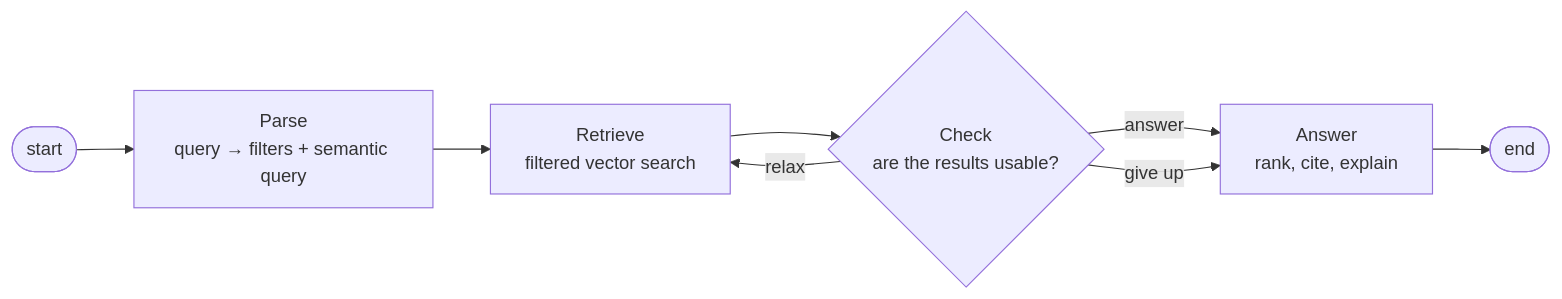
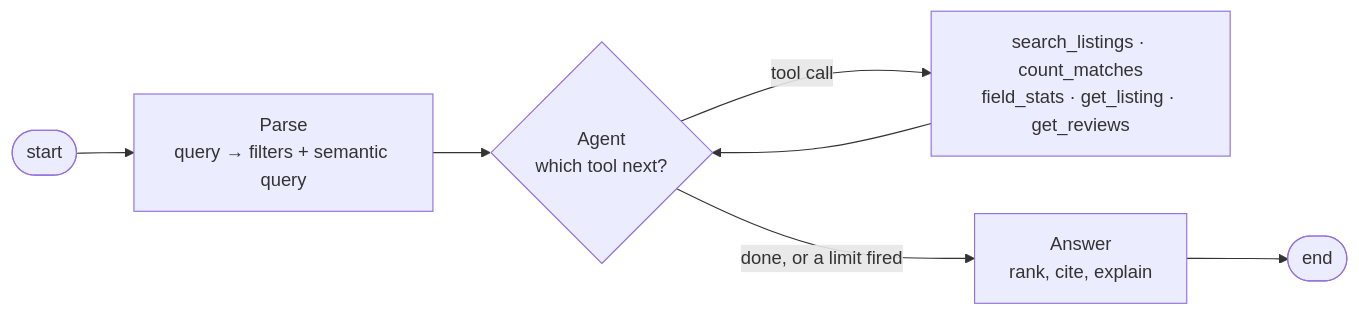
One commit to adriendinzey/Scout changed the diagram in README.md. Above: the diagram before and after it, drawn with Mermaid. The commit also changed other lines of this file and 6 other files, not shown here.

First line of the commit message:
docs: the agent chooses tools, and the code fences what it may do

````diff
--- a/README.md
+++ b/README.md
@@ -29,10 +29,9 @@
 ```mermaid
 flowchart LR
     START([start]) --> parse[Parse<br/>query → filters + semantic query]
-    parse --> retrieve[Retrieve<br/>filtered vector search]
-    retrieve --> check{Check<br/>are the results usable?}
-    check -->|answer| answer[Answer<br/>rank, cite, explain]
-    check -->|relax| retrieve
-    check -->|give up| answer
+    parse --> agent{Agent<br/>which tool next?}
+    agent -->|tool call| tools[search_listings · count_matches<br/>field_stats · get_listing · get_reviews]
+    tools --> agent
+    agent -->|done, or a limit fired| answer[Answer<br/>rank, cite, explain]
     answer --> END([end])
 ```
````
